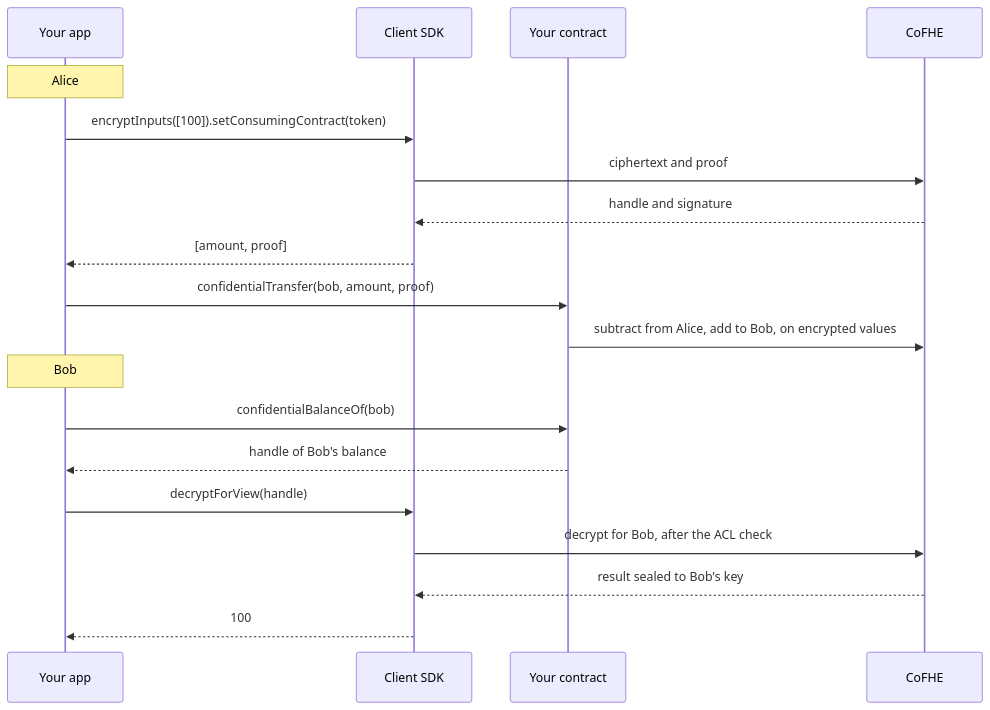
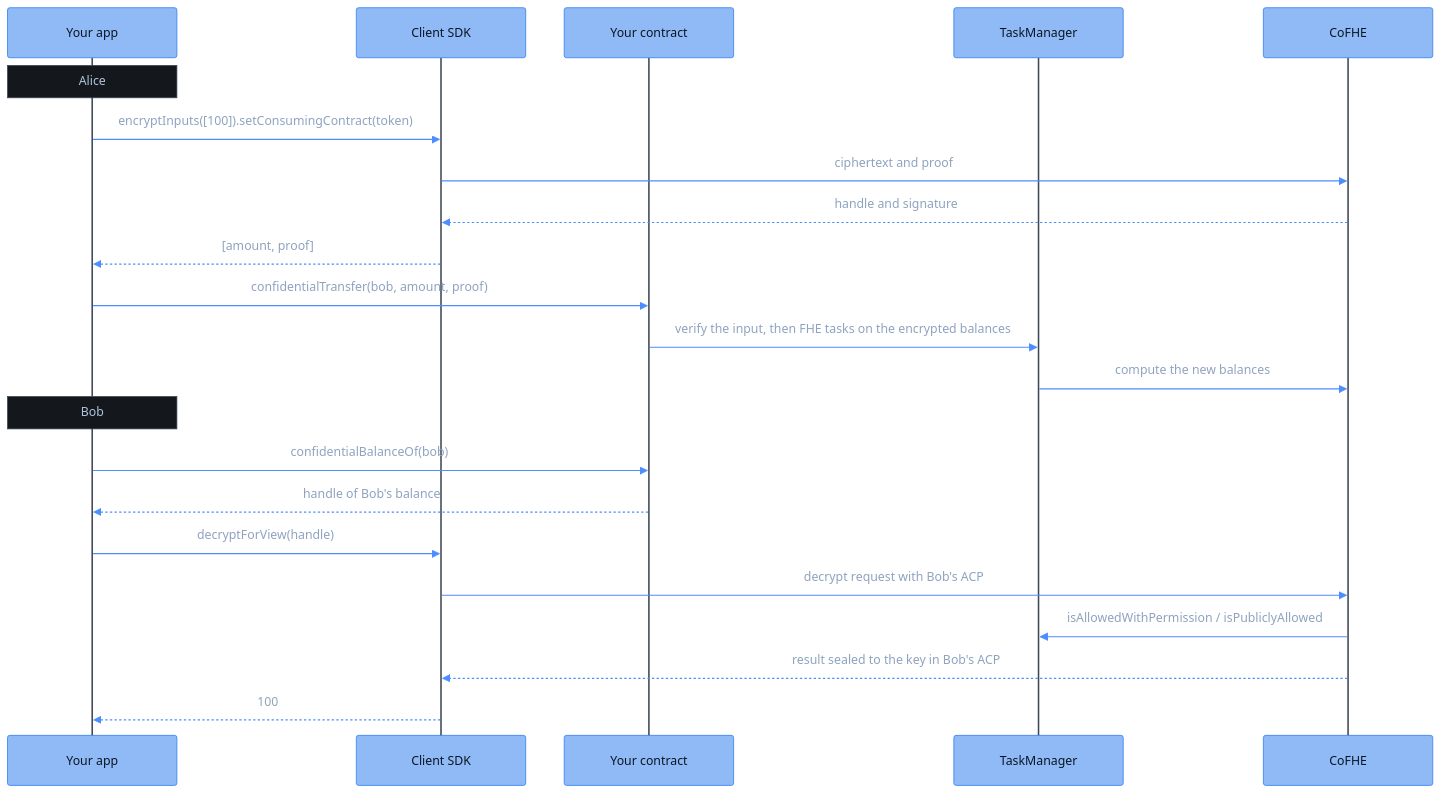
One commit to FhenixProtocol/fhenix-docs changed the diagram in cofhe/tutorials/confidential-payment.mdx. Above: the diagram before and after it, drawn with Mermaid. The commit also changed other lines of this file, not shown here.

Commit message:
[DOCS] tutorials/confidential-payment: precise privacy table, indicator note, house diagram, prerequisites

````diff
--- a/cofhe/tutorials/confidential-payment.mdx
+++ b/cofhe/tutorials/confidential-payment.mdx
@@ -18,22 +27,26 @@
 ```mermaid
+%%{init: {"theme": "base", "themeVariables": {"fontFamily": "Menlo, Monaco, Consolas, monospace", "fontSize": "16px", "primaryColor": "#8FBAF5", "primaryBorderColor": "#2E7CF6", "primaryTextColor": "#0A1626", "lineColor": "#4C8DFF", "signalColor": "#4C8DFF", "signalTextColor": "#8FA3BF", "actorBkg": "#8FBAF5", "actorBorder": "#2E7CF6", "actorTextColor": "#0A1626", "actorLineColor": "#3D4654", "noteBkgColor": "#14171C", "noteBorderColor": "#3D4654", "noteTextColor": "#AFC3DE", "activationBkgColor": "#1E3A5F", "activationBorderColor": "#4C8DFF", "clusterBkg": "#14171C", "clusterBorder": "#3D4654", "titleColor": "#E7EAEE", "edgeLabelBackground": "#8FBAF5", "textColor": "#AFC3DE", "labelTextColor": "#E7EAEE", "tertiaryColor": "#14171C", "loopTextColor": "#AFC3DE", "labelBoxBkgColor": "#1E3A5F", "labelBoxBorderColor": "#4C8DFF"}, "sequence": {"actorFontFamily": "Menlo, Monaco, Consolas, monospace", "messageFontFamily": "Menlo, Monaco, Consolas, monospace", "noteFontFamily": "Menlo, Monaco, Consolas, monospace", "width": 220, "actorFontSize": 16, "messageFontSize": 16, "noteFontSize": 15}}}%%
 sequenceDiagram
     participant App as Your app
     participant SDK as Client SDK
     participant C as Your contract
+    participant TM as TaskManager
     participant CoFHE as CoFHE
 
     Note over App: Alice
     App->>SDK: encryptInputs([100]).setConsumingContract(token)
     SDK->>CoFHE: ciphertext and proof
     CoFHE-->>SDK: handle and signature
     SDK-->>App: [amount, proof]
     App->>C: confidentialTransfer(bob, amount, proof)
-    C->>CoFHE: subtract from Alice, add to Bob, on encrypted values
+    C->>TM: verify the input, then FHE tasks on the encrypted balances
+    TM->>CoFHE: compute the new balances
     Note over App: Bob
     App->>C: confidentialBalanceOf(bob)
     C-->>App: handle of Bob's balance
     App->>SDK: decryptForView(handle)
-    SDK->>CoFHE: decrypt for Bob, after the ACL check
-    CoFHE-->>SDK: result sealed to Bob's key
+    SDK->>CoFHE: decrypt request with Bob's ACP
+    CoFHE->>TM: isAllowedWithPermission / isPubliclyAllowed
+    CoFHE-->>SDK: result sealed to the key in Bob's ACP
     SDK-->>App: 100
 ```
````
